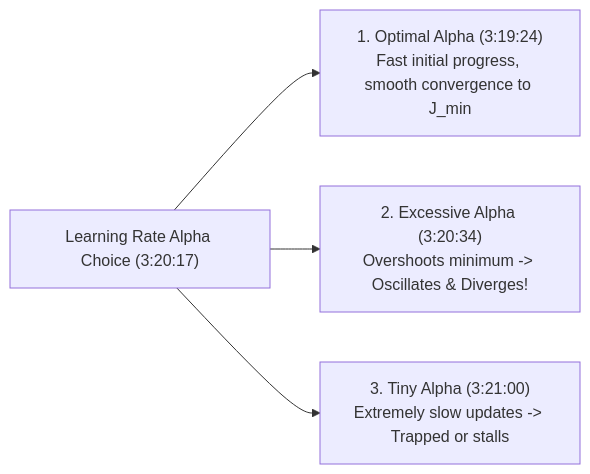
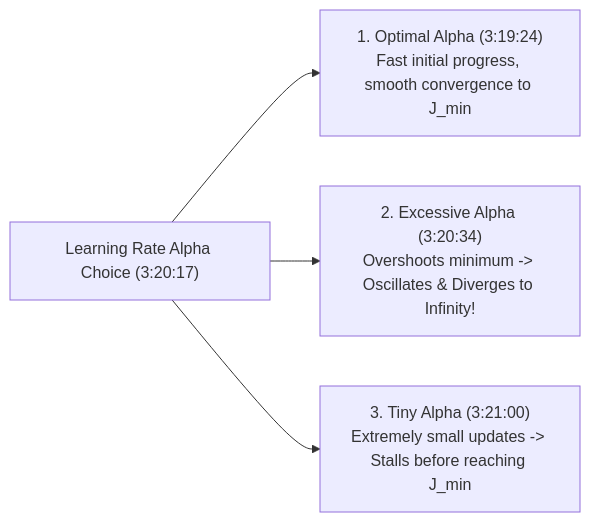
Before and after one commit to xrcodexcode/xr_node: the second of 2 diagrams in 01_RAW/PROCESS/learn-core-machine-learning-part-06.md, drawn with Mermaid. The commit also changed other lines of this file and 15 other files, not shown here.

````diff
--- a/01_RAW/PROCESS/learn-core-machine-learning-part-06.md
+++ b/01_RAW/PROCESS/learn-core-machine-learning-part-06.md
@@ -72,6 +74,6 @@
 ```mermaid
 flowchart LR
     A["Learning Rate Alpha Choice (3:20:17)"] --> B["1. Optimal Alpha (3:19:24)<br/>Fast initial progress, smooth convergence to J_min"]
-    A --> C["2. Excessive Alpha (3:20:34)<br/>Overshoots minimum -> Oscillates & Diverges!"]
-    A --> D["3. Tiny Alpha (3:21:00)<br/>Extremely slow updates -> Trapped or stalls"]
+    A --> C["2. Excessive Alpha (3:20:34)<br/>Overshoots minimum -> Oscillates & Diverges to Infinity!"]
+    A --> D["3. Tiny Alpha (3:21:00)<br/>Extremely small updates -> Stalls before reaching J_min"]
 ```
````
